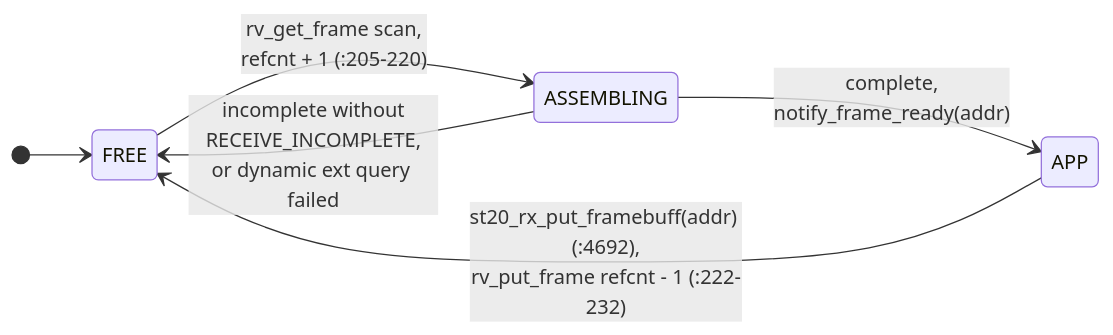
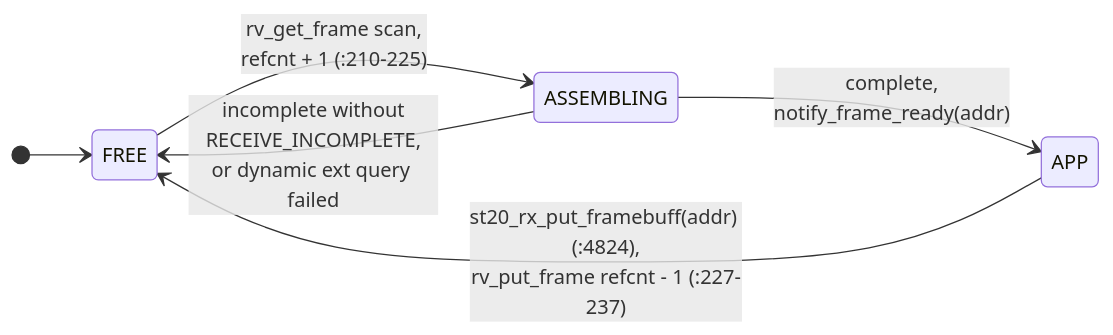
Before and after one commit to Sakoram/Media-Transport-Library: the sixth of 9 diagrams in doc/unified-api/legacy-internals.md, drawn with Mermaid. The commit also changed other lines of this file and 14 other files, not shown here.

````diff
--- a/doc/unified-api/legacy-internals.md
+++ b/doc/unified-api/legacy-internals.md
@@ -1091,9 +1108,9 @@
 ```mermaid
 stateDiagram-v2
     direction LR
     [*] --> FREE
-    FREE --> ASSEMBLING: rv_get_frame scan,<br/>refcnt + 1 (:205-220)
+    FREE --> ASSEMBLING: rv_get_frame scan,<br/>refcnt + 1 (:210-225)
     ASSEMBLING --> APP: complete,<br/>notify_frame_ready(addr)
     ASSEMBLING --> FREE: incomplete without<br/>RECEIVE_INCOMPLETE,<br/>or dynamic ext query failed
-    APP --> FREE: st20_rx_put_framebuff(addr) (:4692),<br/>rv_put_frame refcnt - 1 (:222-232)
+    APP --> FREE: st20_rx_put_framebuff(addr) (:4824),<br/>rv_put_frame refcnt - 1 (:227-237)
 ```
````
